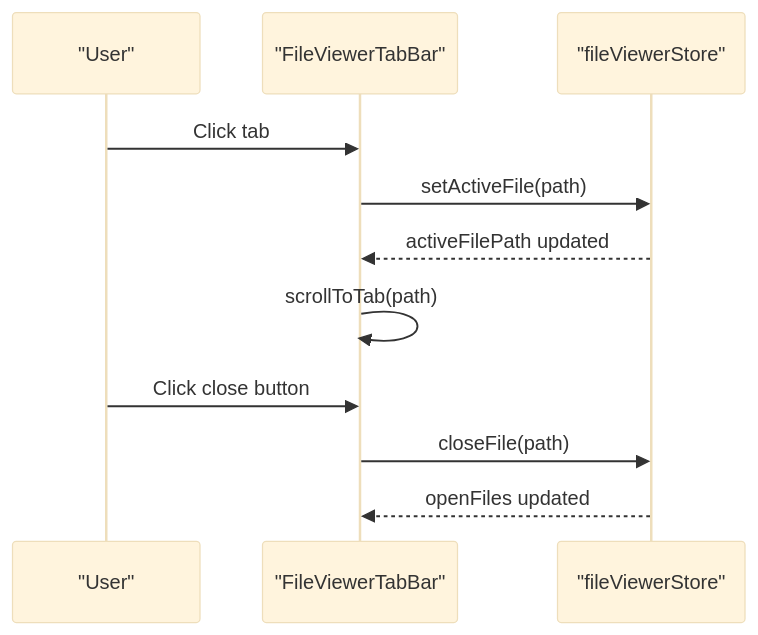
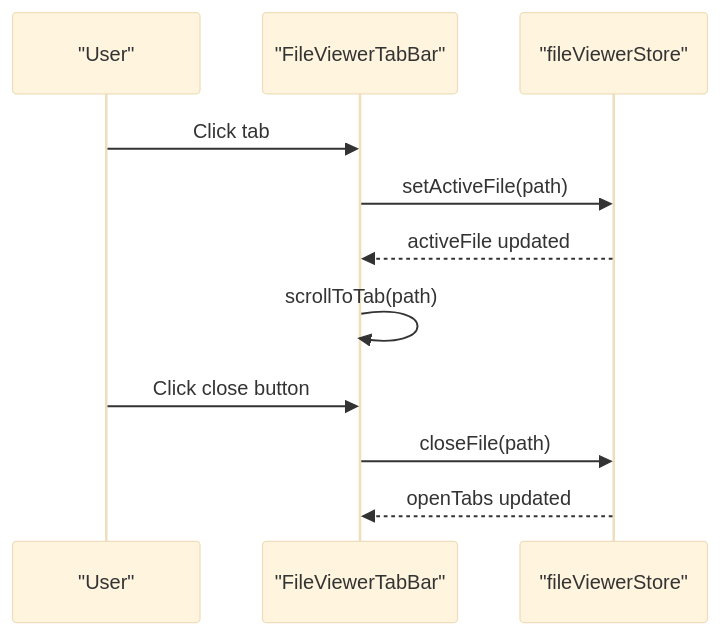
One commit to v0lka/c0wrk changed the fourth of 10 diagrams in .qoder/repowiki/en/content/Frontend Application/UI Components/File Viewer Components.md. Above: the diagram before and after it, drawn with Mermaid (base theme). The commit also changed other lines of this file and 3 other files, not shown here.

````diff
--- a/.qoder/repowiki/en/content/Frontend Application/UI Components/File Viewer Components.md
+++ b/.qoder/repowiki/en/content/Frontend Application/UI Components/File Viewer Components.md
@@ -174,13 +193,13 @@
 ```mermaid
 sequenceDiagram
 participant User as "User"
 participant Bar as "FileViewerTabBar"
 participant Store as "fileViewerStore"
 User->>Bar : Click tab
 Bar->>Store : setActiveFile(path)
-Store-->>Bar : activeFilePath updated
+Store-->>Bar : activeFile updated
 Bar->>Bar : scrollToTab(path)
 User->>Bar : Click close button
 Bar->>Store : closeFile(path)
-Store-->>Bar : openFiles updated
+Store-->>Bar : openTabs updated
 ```
````
